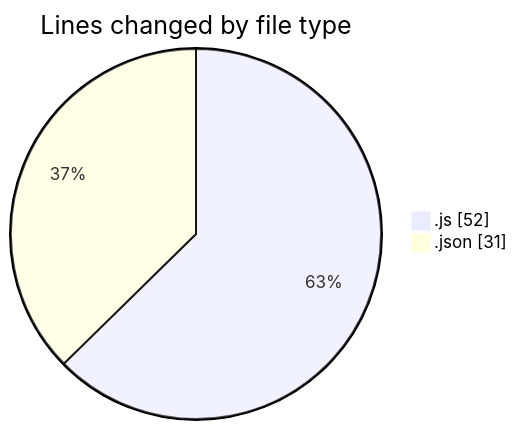
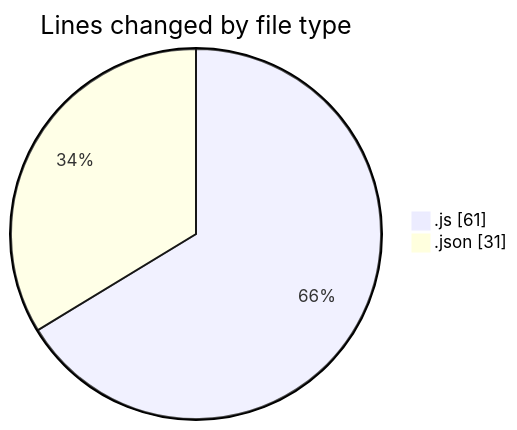
Before and after one commit to Ritupan-Deka/code-tracking: the first of 2 diagrams in 2025-07-02/mern-thinkboard/README.md, drawn with Mermaid. The commit also changed other lines of this file and 1 other file, not shown here.

````diff
--- a/2025-07-02/mern-thinkboard/README.md
+++ b/2025-07-02/mern-thinkboard/README.md
@@ -21,6 +22,6 @@
 ```mermaid
 pie showData
 title Lines changed by file type
-".js" : 52
+".js" : 61
 ".json" : 31
 ```
````
